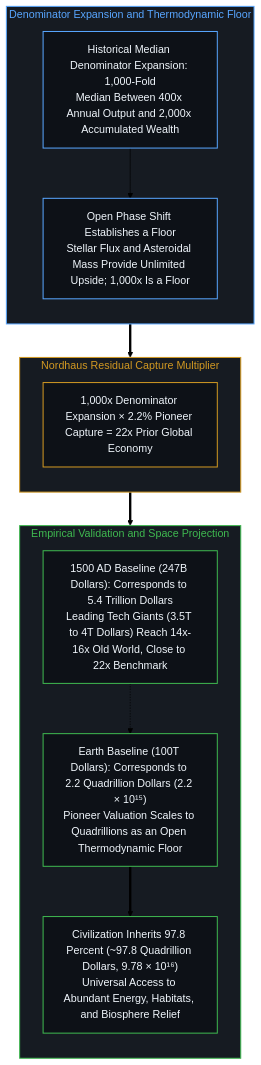
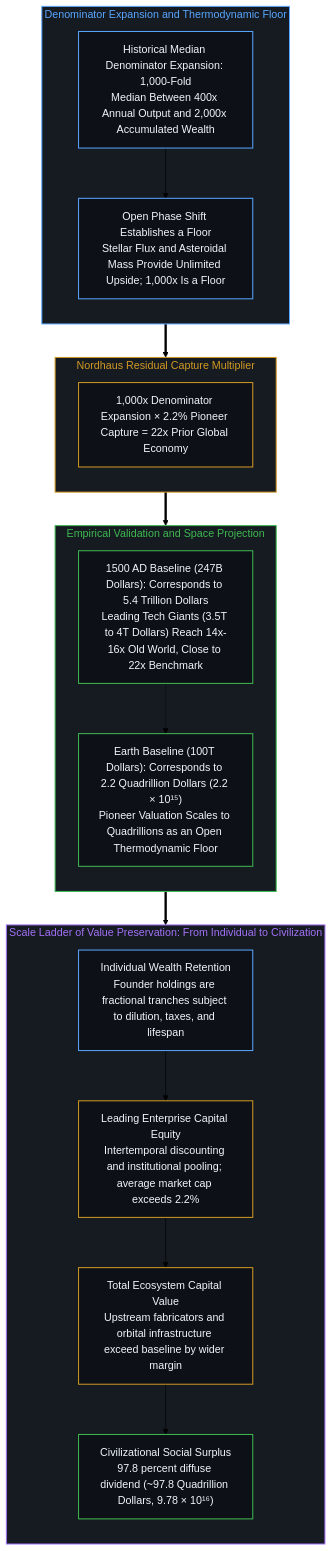
One commit to powerpig99/not-a-toe changed the eighth of 14 diagrams in content/posts/beyond-the-hundred-trillion-horizon.md. Above: the diagram before and after it, drawn with Mermaid (forest theme). The commit also changed other lines of this file and 4 other files, not shown here.

Commit message:
Refine Post #381: Decouple individual wealth from corporate equity and integrate scale ladder

````diff
--- a/content/posts/beyond-the-hundred-trillion-horizon.md
+++ b/content/posts/beyond-the-hundred-trillion-horizon.md
@@ -316,36 +325,45 @@
 ```mermaid
 flowchart TD
     classDef default fill:#0d1117,stroke:#30363d,stroke-width:1px,color:#f0f6fc;
     classDef mind fill:#0d1117,stroke:#3fb950,stroke-width:1.5px,color:#f0f6fc;
     classDef warn fill:#0d1117,stroke:#d29922,stroke-width:1.5px,color:#f0f6fc;
     classDef fail fill:#0d1117,stroke:#f85149,stroke-width:1.5px,color:#f0f6fc;
     classDef model fill:#0d1117,stroke:#58a6ff,stroke-width:1.5px,color:#f0f6fc;
 
     subgraph S_DENOM_EN ["Denominator Expansion and Thermodynamic Floor"]
         direction TB
         MEDIAN["Historical Median Denominator Expansion: 1,000-Fold<br/>Median Between 400x Annual Output and 2,000x Accumulated Wealth"]:::model
         FLOOR["Open Phase Shift Establishes a Floor<br/>Stellar Flux and Asteroidal Mass Provide Unlimited Upside; 1,000x Is a Floor"]:::model
         MEDIAN --> FLOOR
     end
 
     subgraph S_FORMULA_EN ["Nordhaus Residual Capture Multiplier"]
         direction TB
         CALC["1,000x Denominator Expansion × 2.2% Pioneer Capture = 22x Prior Global Economy"]:::warn
     end
 
     subgraph S_MAPPING_EN ["Empirical Validation and Space Projection"]
         direction TB
         HIST_VAL["1500 AD Baseline (247B Dollars): Corresponds to 5.4 Trillion Dollars<br/>Leading Tech Giants (3.5T to 4T Dollars) Reach 14x-16x Old World, Close to 22x Benchmark"]:::mind
         SPACE_VAL["Earth Baseline (100T Dollars): Corresponds to 2.2 Quadrillion Dollars (2.2 × 10¹⁵)<br/>Pioneer Valuation Scales to Quadrillions as an Open Thermodynamic Floor"]:::mind
-        SURPLUS["Civilization Inherits 97.8 Percent (~97.8 Quadrillion Dollars, 9.78 × 10¹⁶)<br/>Universal Access to Abundant Energy, Habitats, and Biosphere Relief"]:::mind
         HIST_VAL -.-> SPACE_VAL
-        SPACE_VAL ==> SURPLUS
+    end
+
+    subgraph S_LADDER_EN ["Scale Ladder of Value Preservation: From Individual to Civilization"]
+        direction TB
+        INDIV["Individual Wealth Retention<br/>Founder holdings are fractional tranches subject to dilution, taxes, and lifespan"]:::model
+        CORP["Leading Enterprise Capital Equity<br/>Intertemporal discounting and institutional pooling; average market cap exceeds 2.2%"]:::warn
+        ECOSYS["Total Ecosystem Capital Value<br/>Upstream fabricators and orbital infrastructure exceed baseline by wider margin"]:::warn
+        SURPLUS["Civilizational Social Surplus<br/>97.8 percent diffuse dividend (~97.8 Quadrillion Dollars, 9.78 × 10¹⁶)"]:::mind
+        INDIV --> CORP --> ECOSYS --> SURPLUS
     end
 
     S_DENOM_EN ==> S_FORMULA_EN
     S_FORMULA_EN ==> S_MAPPING_EN
+    S_MAPPING_EN ==> S_LADDER_EN
 
     style S_DENOM_EN fill:#161b22,stroke:#58a6ff,stroke-width:1.5px,color:#58a6ff
     style S_FORMULA_EN fill:#161b22,stroke:#d29922,stroke-width:1.5px,color:#d29922
     style S_MAPPING_EN fill:#161b22,stroke:#3fb950,stroke-width:1.5px,color:#3fb950
+    style S_LADDER_EN fill:#161b22,stroke:#a371f7,stroke-width:1.5px,color:#a371f7
 ```
````
